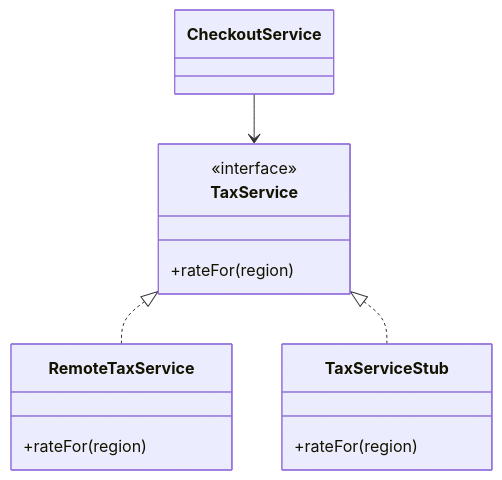
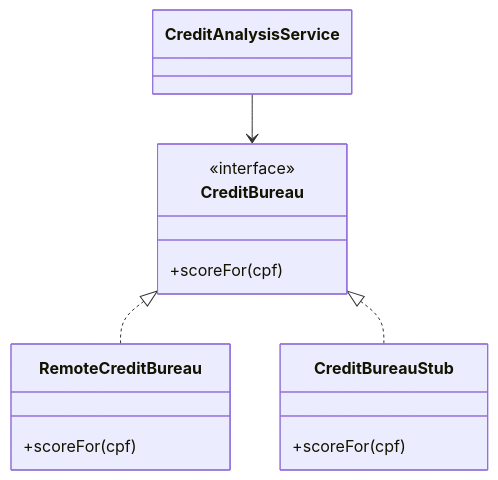
One commit to alancesar/design-patterns changed the diagram in docs/design/poeaa/base/service-stub.md. Above: the diagram before and after it, drawn with Mermaid. The commit also changed other lines of this file and 95 other files, not shown here.

First line of the commit message:
Switch PoEAA examples and diagrams to fintech scenarios

````diff
--- a/docs/design/poeaa/base/service-stub.md
+++ b/docs/design/poeaa/base/service-stub.md
@@ -56,17 +56,17 @@
 ```mermaid
 classDiagram
-    class TaxService {
+    class CreditBureau {
         <<interface>>
-        +rateFor(region)
+        +scoreFor(cpf)
     }
-    class RemoteTaxService {
-        +rateFor(region)
+    class RemoteCreditBureau {
+        +scoreFor(cpf)
     }
-    class TaxServiceStub {
-        +rateFor(region)
+    class CreditBureauStub {
+        +scoreFor(cpf)
     }
-    class CheckoutService
-    CheckoutService --> TaxService
-    TaxService <|.. RemoteTaxService
-    TaxService <|.. TaxServiceStub
+    class CreditAnalysisService
+    CreditAnalysisService --> CreditBureau
+    CreditBureau <|.. RemoteCreditBureau
+    CreditBureau <|.. CreditBureauStub
 ```
````
